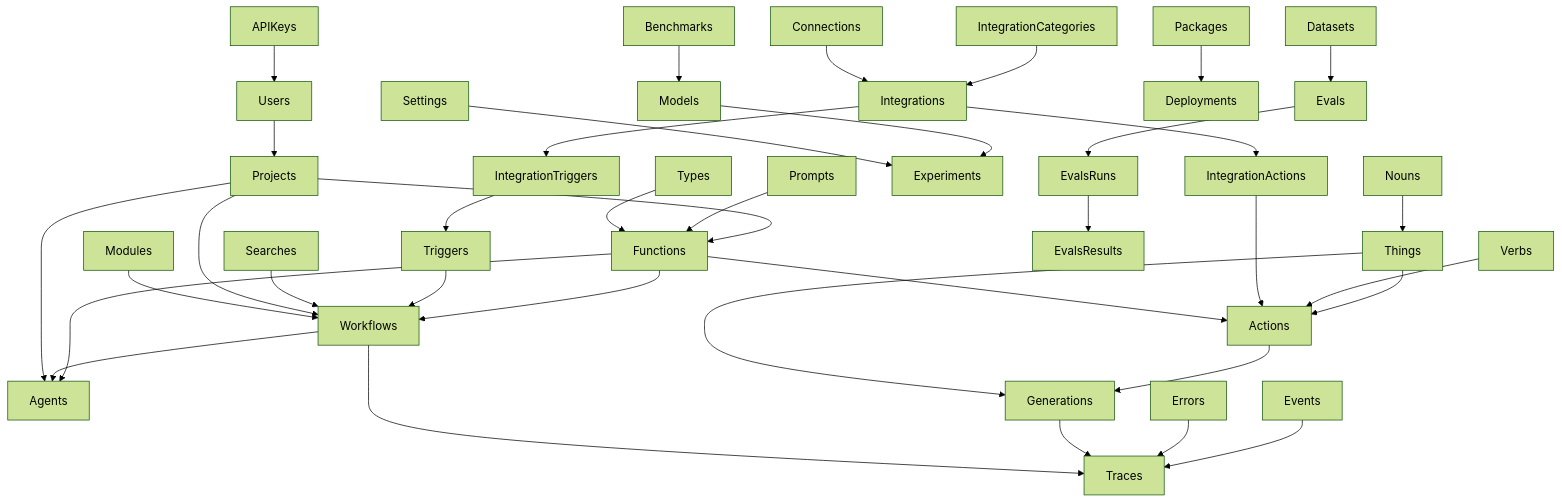
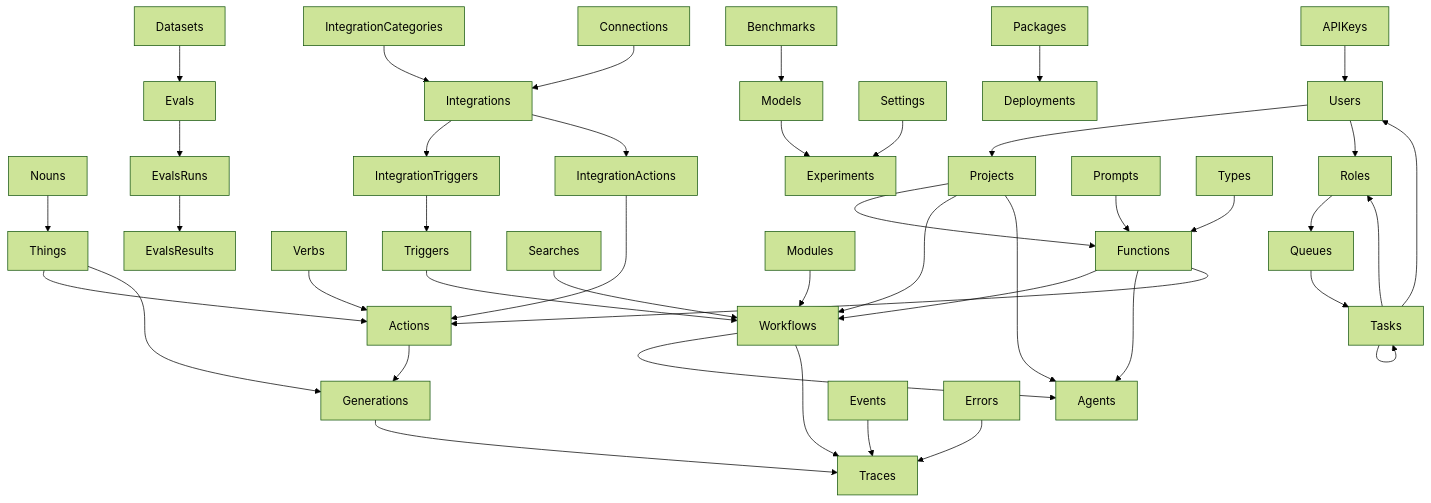
The first of 6 diagrams in collections/README.md (drivly/ai), drawn with Mermaid (forest theme) before and after one commit. The commit also changed other lines of this file, not shown here.

Commit message:
docs: update collections README with Jobs group and Roles

````diff
--- a/collections/README.md
+++ b/collections/README.md
@@ -85,56 +93,62 @@
 ```mermaid
 graph TD
     %% AI Group
     Functions --> Workflows
     Functions --> Agents
     Workflows --> Agents
 
     %% Data Group
     Nouns --> Things
     Things --> Actions
     Verbs --> Actions
 
     %% Events Group
     Triggers --> Workflows
     Searches --> Workflows
     Actions --> Generations
 
     %% Admin Group
     IntegrationCategories --> Integrations
     Integrations --> IntegrationTriggers
     Integrations --> IntegrationActions
     IntegrationTriggers --> Triggers
     IntegrationActions --> Actions
     Connections --> Integrations
     Users --> Projects
+    Users --> Roles
+    Roles --> Queues
+    Queues --> Tasks
     Projects --> Functions
     Projects --> Workflows
     Projects --> Agents
     APIKeys --> Users
 
     %% Experiments Group
     Models --> Experiments
     Prompts --> Functions
     Settings --> Experiments
 
     %% Code Group
     Types --> Functions
     Modules --> Workflows
     Packages --> Deployments
 
     %% Evals Group
     Benchmarks --> Models
     Datasets --> Evals
     Evals --> EvalsRuns
     EvalsRuns --> EvalsResults
 
     %% Observability Group
     Events --> Traces
     Errors --> Traces
     Generations --> Traces
 
     %% Cross-Group Relationships
     Functions --> Actions
     Things --> Generations
     Workflows --> Traces
+    Tasks --> Tasks
+    Tasks --> Users
+    Tasks --> Roles
 ```
````
